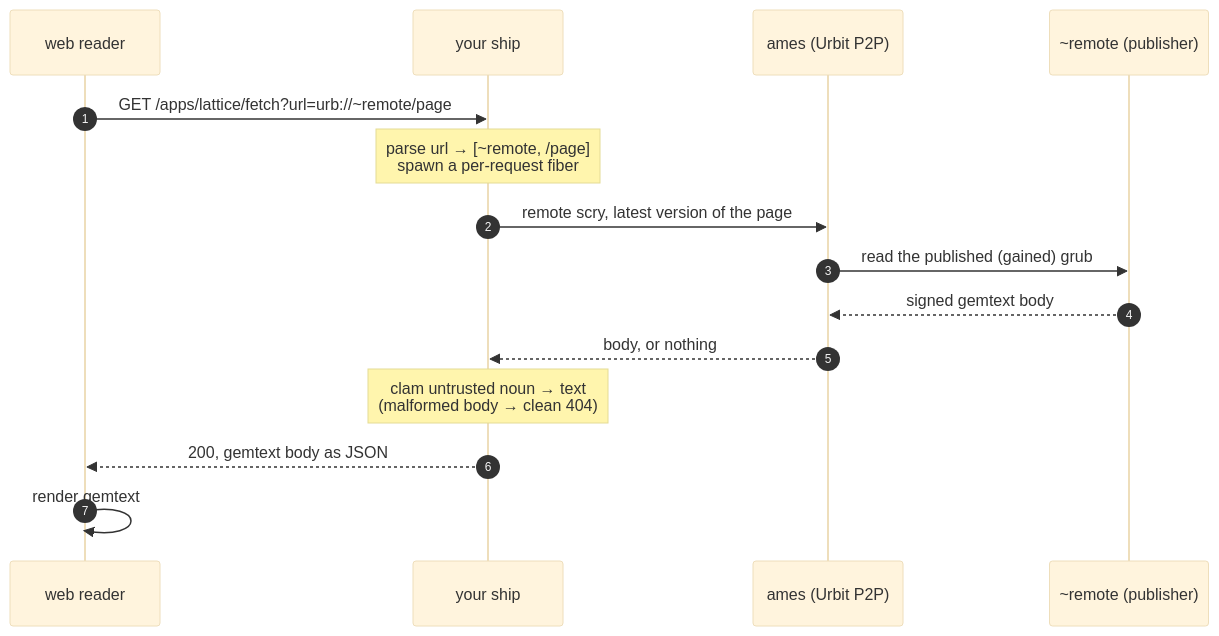
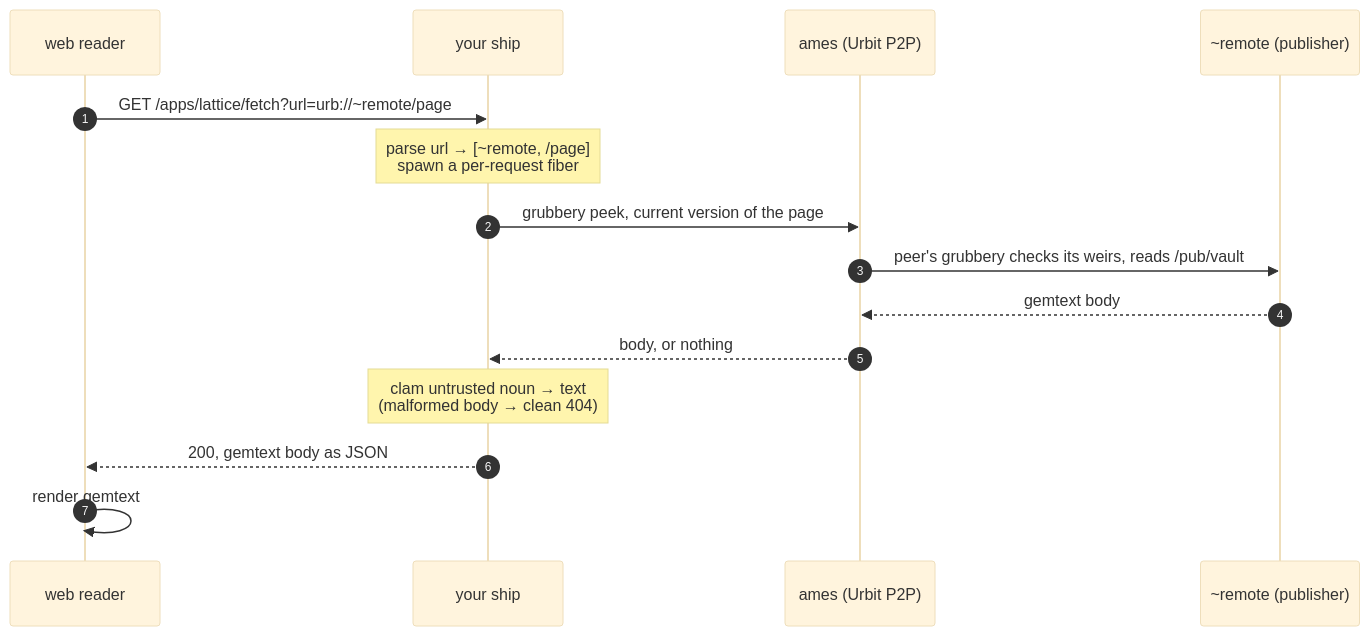
One commit to nisfeb/lattice changed the diagram in README.md. Above: the diagram before and after it, drawn with Mermaid (base theme). The commit also changed other lines of this file and 4 other files, not shown here.

````diff
--- a/README.md
+++ b/README.md
@@ -122,17 +108,17 @@
 ```mermaid
 sequenceDiagram
     autonumber
     participant App as web reader
     participant You as your ship
     participant Ames as ames (Urbit P2P)
     participant Peer as ~remote (publisher)
     App->>You: GET /apps/lattice/fetch?url=urb://~remote/page
     Note over You: parse url → [~remote, /page]<br/>spawn a per-request fiber
-    You->>Ames: remote scry, latest version of the page
-    Ames->>Peer: read the published (gained) grub
-    Peer-->>Ames: signed gemtext body
+    You->>Ames: grubbery peek, current version of the page
+    Ames->>Peer: peer's grubbery checks its weirs, reads /pub/vault
+    Peer-->>Ames: gemtext body
     Ames-->>You: body, or nothing
     Note over You: clam untrusted noun → text<br/>(malformed body → clean 404)
     You-->>App: 200, gemtext body as JSON
     App->>App: render gemtext
 ```
````
